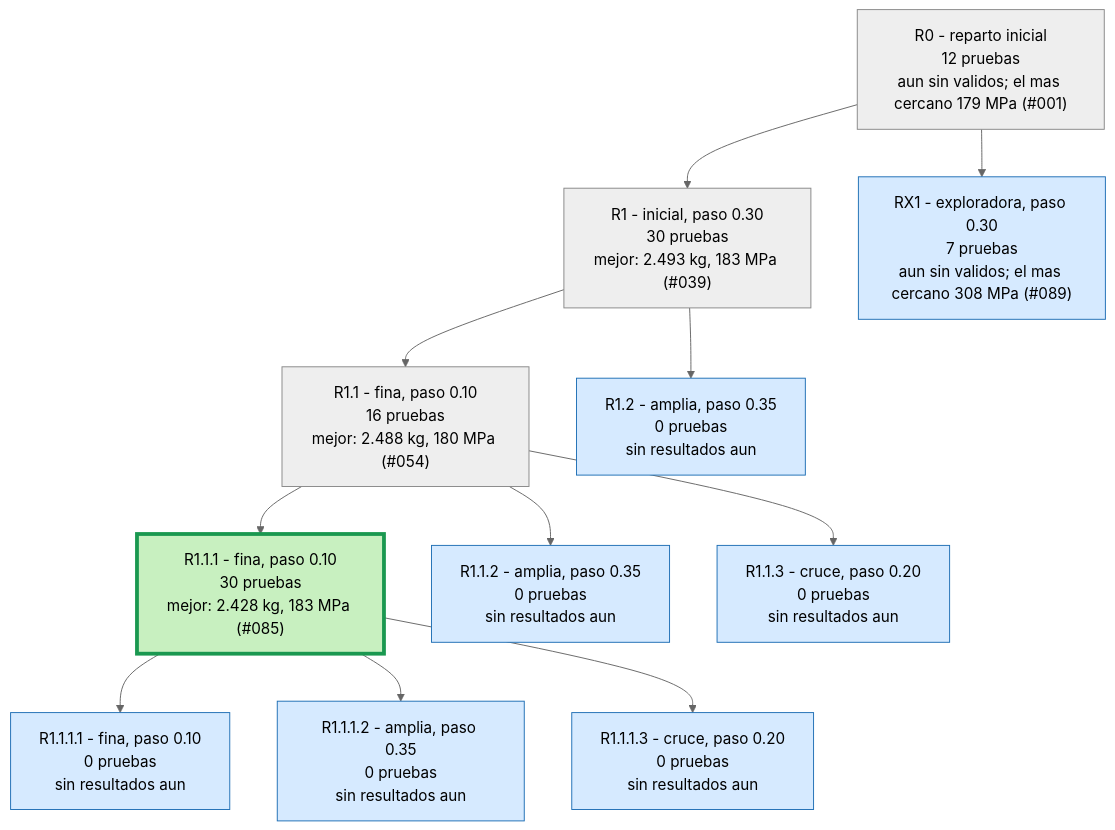
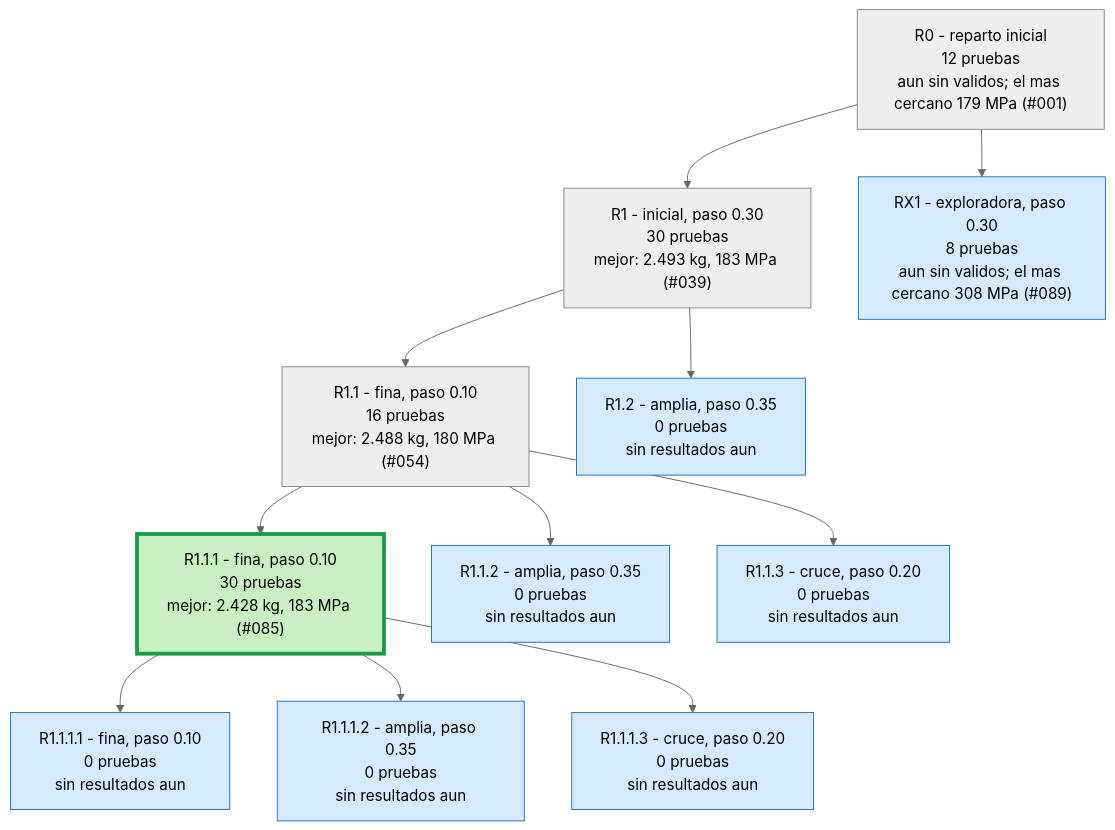
The second of 3 diagrams in runs/opt_37800N/ARBOL.md (Hugiko/msd-soporte-optimizacion), drawn with Mermaid (neutral theme) before and after one commit. The commit also changed 19 other files, not shown here.

````diff
--- a/runs/opt_37800N/ARBOL.md
+++ b/runs/opt_37800N/ARBOL.md
@@ -25,27 +25,27 @@
 ```mermaid
 graph TD
 classDef activa fill:#d6eaff,stroke:#1f6fb5,color:#000
 classDef fin fill:#eeeeee,stroke:#888,color:#000
 classDef mejor fill:#c8f0c0,stroke:#1a9850,stroke-width:4px,color:#000
 R0["R0 - reparto inicial<br/>12 pruebas<br/>aun sin validos; el mas cercano 179 MPa (#001)"]:::fin
 R1["R1 - inicial, paso 0.30<br/>30 pruebas<br/>mejor: 2.493 kg, 183 MPa (#039)"]:::fin
 R0 --> R1
 R1_1["R1.1 - fina, paso 0.10<br/>16 pruebas<br/>mejor: 2.488 kg, 180 MPa (#054)"]:::fin
 R1 --> R1_1
 R1_2["R1.2 - amplia, paso 0.35<br/>0 pruebas<br/>sin resultados aun"]:::activa
 R1 --> R1_2
 R1_1_1["R1.1.1 - fina, paso 0.10<br/>30 pruebas<br/>mejor: 2.428 kg, 183 MPa (#085)"]:::mejor
 R1_1 --> R1_1_1
 R1_1_2["R1.1.2 - amplia, paso 0.35<br/>0 pruebas<br/>sin resultados aun"]:::activa
 R1_1 --> R1_1_2
 R1_1_3["R1.1.3 - cruce, paso 0.20<br/>0 pruebas<br/>sin resultados aun"]:::activa
 R1_1 --> R1_1_3
 R1_1_1_1["R1.1.1.1 - fina, paso 0.10<br/>0 pruebas<br/>sin resultados aun"]:::activa
 R1_1_1 --> R1_1_1_1
 R1_1_1_2["R1.1.1.2 - amplia, paso 0.35<br/>0 pruebas<br/>sin resultados aun"]:::activa
 R1_1_1 --> R1_1_1_2
 R1_1_1_3["R1.1.1.3 - cruce, paso 0.20<br/>0 pruebas<br/>sin resultados aun"]:::activa
 R1_1_1 --> R1_1_1_3
-RX1["RX1 - exploradora, paso 0.30<br/>7 pruebas<br/>aun sin validos; el mas cercano 308 MPa (#089)"]:::activa
+RX1["RX1 - exploradora, paso 0.30<br/>8 pruebas<br/>aun sin validos; el mas cercano 308 MPa (#089)"]:::activa
 R0 --> RX1
 ```
````
